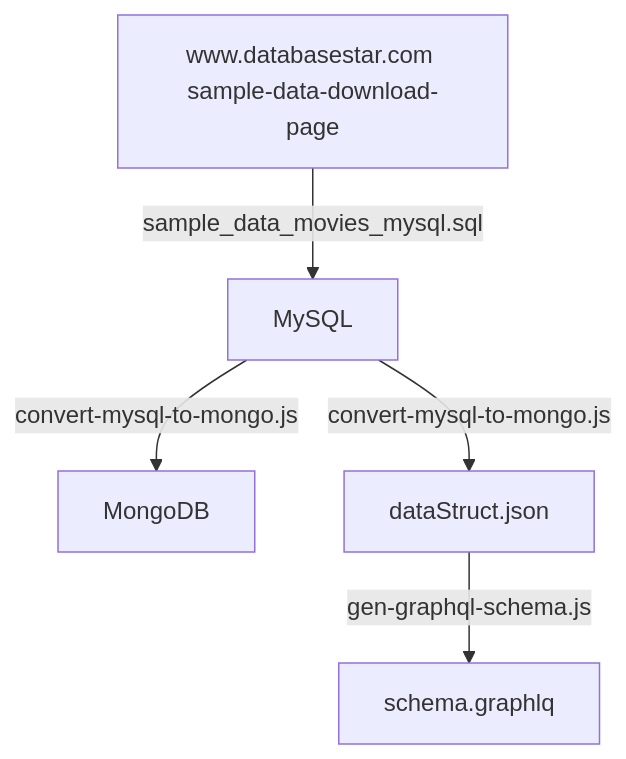
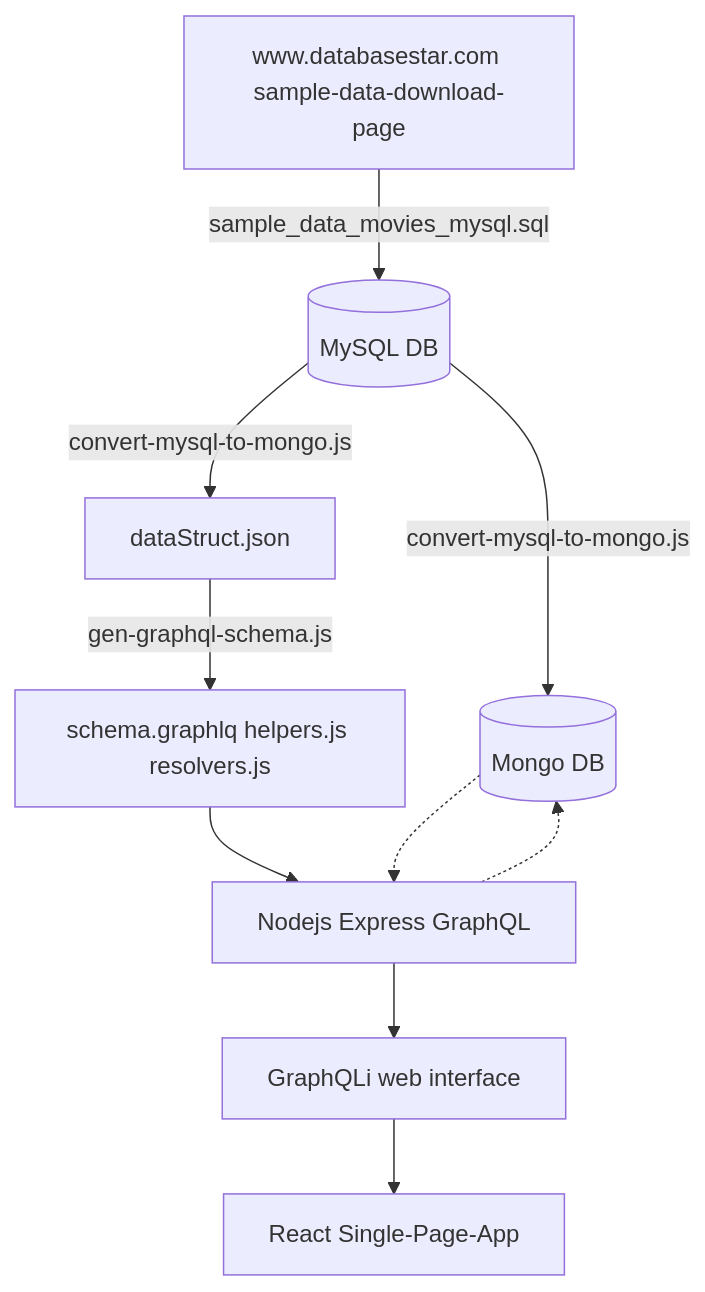
Before and after one commit to martinjackson/talks-CAJS-2021-Dec: the diagram in README.md, drawn with Mermaid. The commit also changed other lines of this file, not shown here.

Commit message:
work in progress

````diff
--- a/README.md
+++ b/README.md
@@ -34,7 +39,12 @@
 ```mermaid
 graph TD;
-    A[www.databasestar.com sample-data-download-page] -->|sample_data_movies_mysql.sql| C[MySQL];
-    C -->|convert-mysql-to-mongo.js| D[MongoDB];
+    A[www.databasestar.com sample-data-download-page] -->|sample_data_movies_mysql.sql| C[(MySQL DB)];
+    C -->|convert-mysql-to-mongo.js| D[(Mongo DB)];
     C -->|convert-mysql-to-mongo.js| E[dataStruct.json];
-    E -->|gen-graphql-schema.js| F[schema.graphlq];
+    E -->|gen-graphql-schema.js| F[schema.graphlq helpers.js resolvers.js];
+    F --> G[Nodejs Express GraphQL]
+    G --> H[GraphQLi web interface]
+    H --> I[React Single-Page-App]
+    D -.-> G
+    G -.-> D
 ```
````
